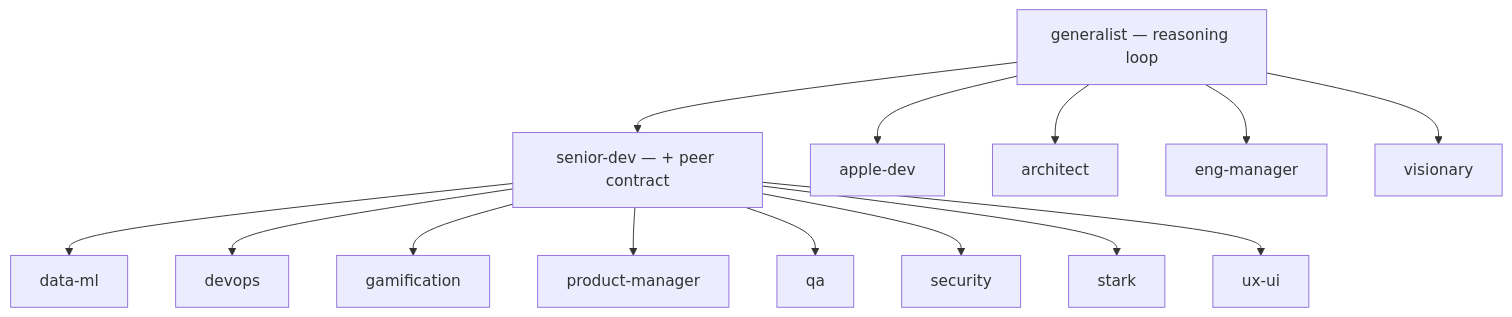
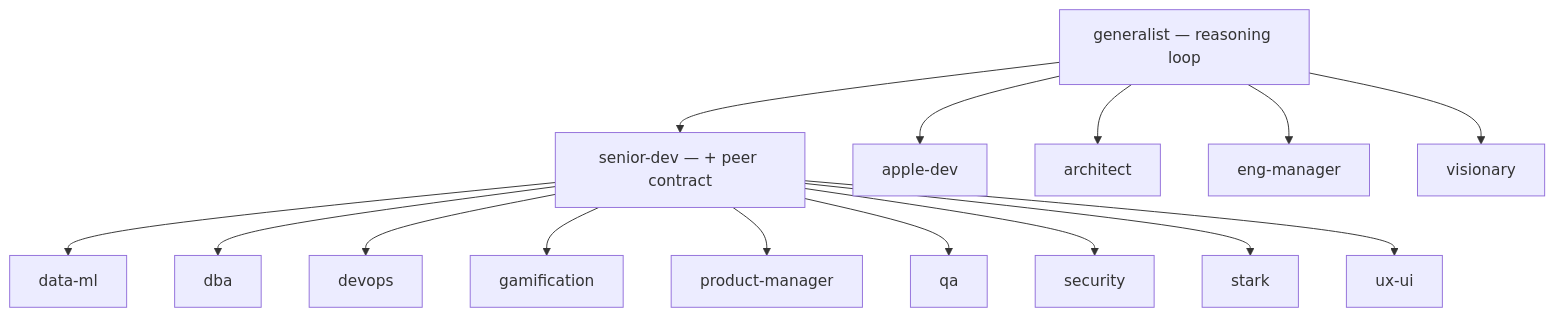
Before and after one commit to jrodrigopuca/local-agents: the first of 4 diagrams in GRAPH.md, drawn with Mermaid. The commit also changed other lines of this file and 12 other files, not shown here.

````diff
--- a/GRAPH.md
+++ b/GRAPH.md
@@ -24,20 +24,21 @@
 ```mermaid
 flowchart TD
     G["generalist — reasoning loop"]
     SD["senior-dev — + peer contract"]
 
     G --> SD
     G --> apple-dev
     G --> architect
     G --> eng-manager
     G --> visionary
 
     SD --> data-ml
+    SD --> dba
     SD --> devops
     SD --> gamification
     SD --> product-manager
     SD --> qa
     SD --> security
     SD --> stark
     SD --> ux-ui
 ```
````
